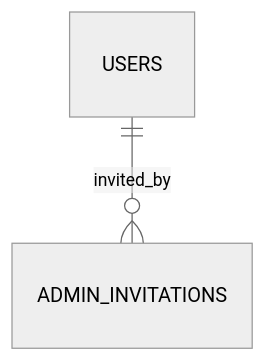
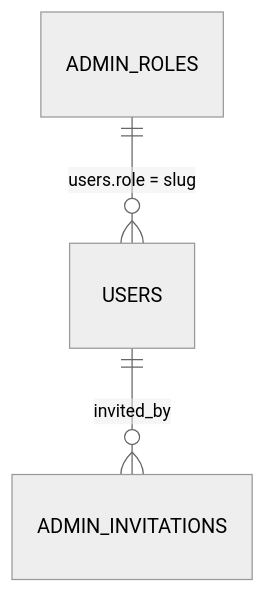
The diagram in docs/settings/settings-database-schema.md (haresh-contactapex/smb-next-js), drawn with Mermaid (neutral theme) before and after one commit. The commit also changed other lines of this file and 72 other files, not shown here.

First line of the commit message:
Add Roles & Permissions with role-based access across the admin panel

````diff
--- a/docs/settings/settings-database-schema.md
+++ b/docs/settings/settings-database-schema.md
@@ -22,4 +22,5 @@
 ```mermaid
 erDiagram
     USERS ||--o{ ADMIN_INVITATIONS : "invited_by"
+    ADMIN_ROLES ||--o{ USERS : "users.role = slug"
 ```
````
